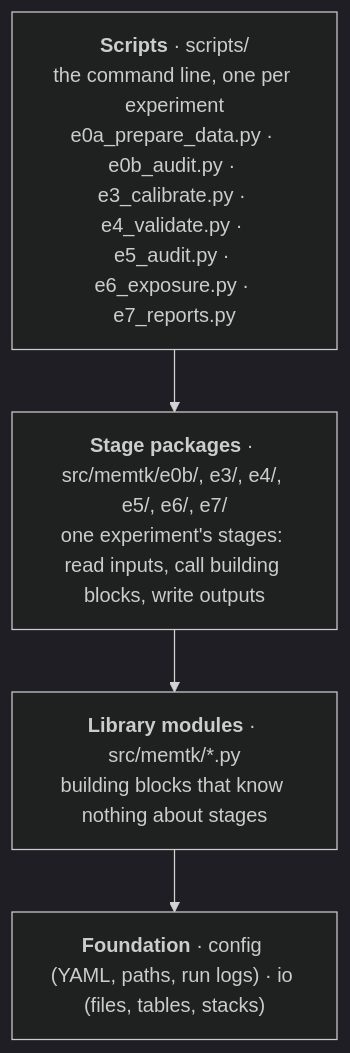
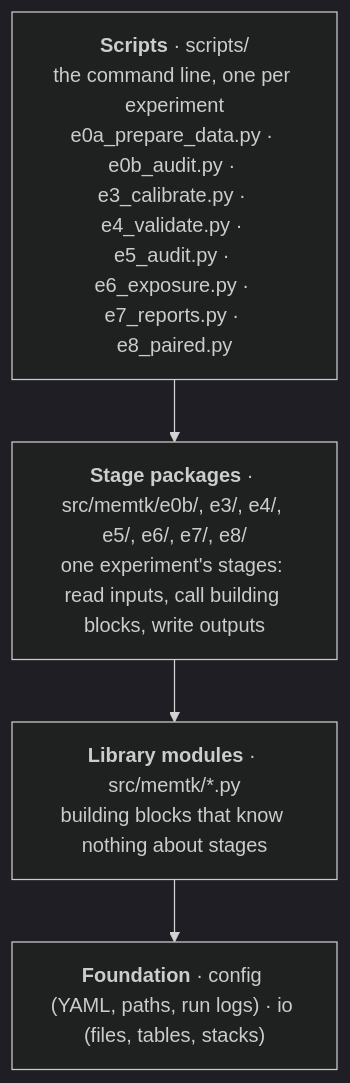
The second of 2 diagrams in docs/architecture.md (mattia3003/MT_project), drawn with Mermaid (dark theme) before and after one commit. The commit also changed other lines of this file and 51 other files, not shown here.

Commit message:
Build, tested and ran E8 on synthetic data. Docs updated. Experiment plan complete.

````diff
--- a/docs/architecture.md
+++ b/docs/architecture.md
@@ -98,8 +99,8 @@
 ```mermaid
 flowchart TB
-    L1["<b>Scripts</b> · scripts/<br/>the command line, one per experiment<br/>e0a_prepare_data.py · e0b_audit.py · e3_calibrate.py · e4_validate.py · e5_audit.py · e6_exposure.py · e7_reports.py"]
-    L2["<b>Stage packages</b> · src/memtk/e0b/, e3/, e4/, e5/, e6/, e7/<br/>one experiment's stages: read inputs, call building blocks, write outputs"]
+    L1["<b>Scripts</b> · scripts/<br/>the command line, one per experiment<br/>e0a_prepare_data.py · e0b_audit.py · e3_calibrate.py · e4_validate.py · e5_audit.py · e6_exposure.py · e7_reports.py · e8_paired.py"]
+    L2["<b>Stage packages</b> · src/memtk/e0b/, e3/, e4/, e5/, e6/, e7/, e8/<br/>one experiment's stages: read inputs, call building blocks, write outputs"]
     L3["<b>Library modules</b> · src/memtk/*.py<br/>building blocks that know nothing about stages"]
     L4["<b>Foundation</b> · config (YAML, paths, run logs) · io (files, tables, stacks)"]
     L1 --> L2 --> L3 --> L4
 ```
````
